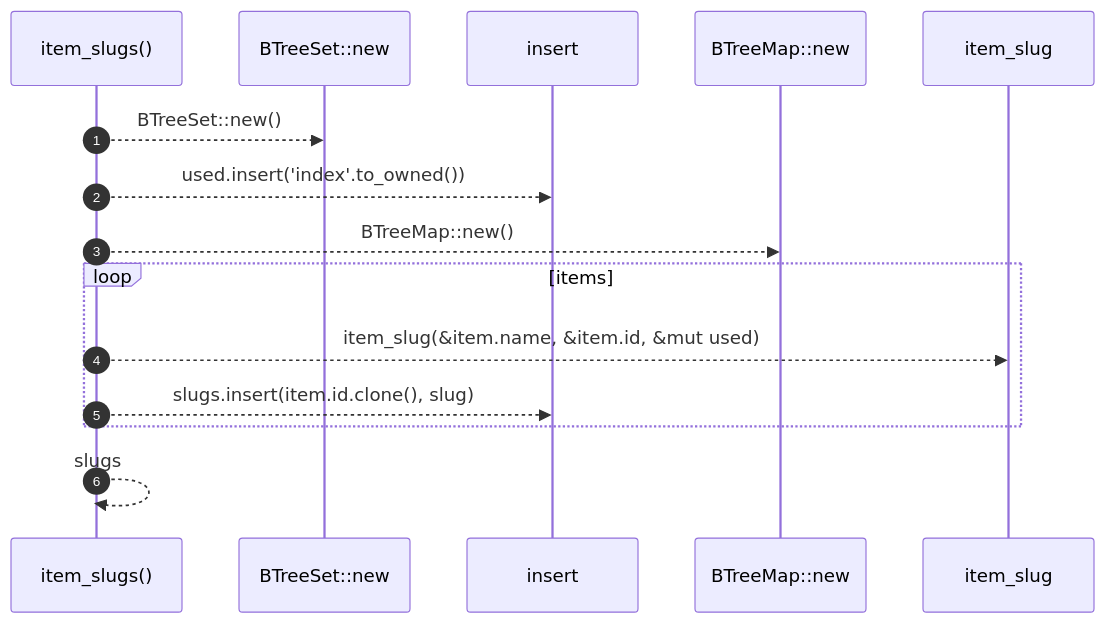
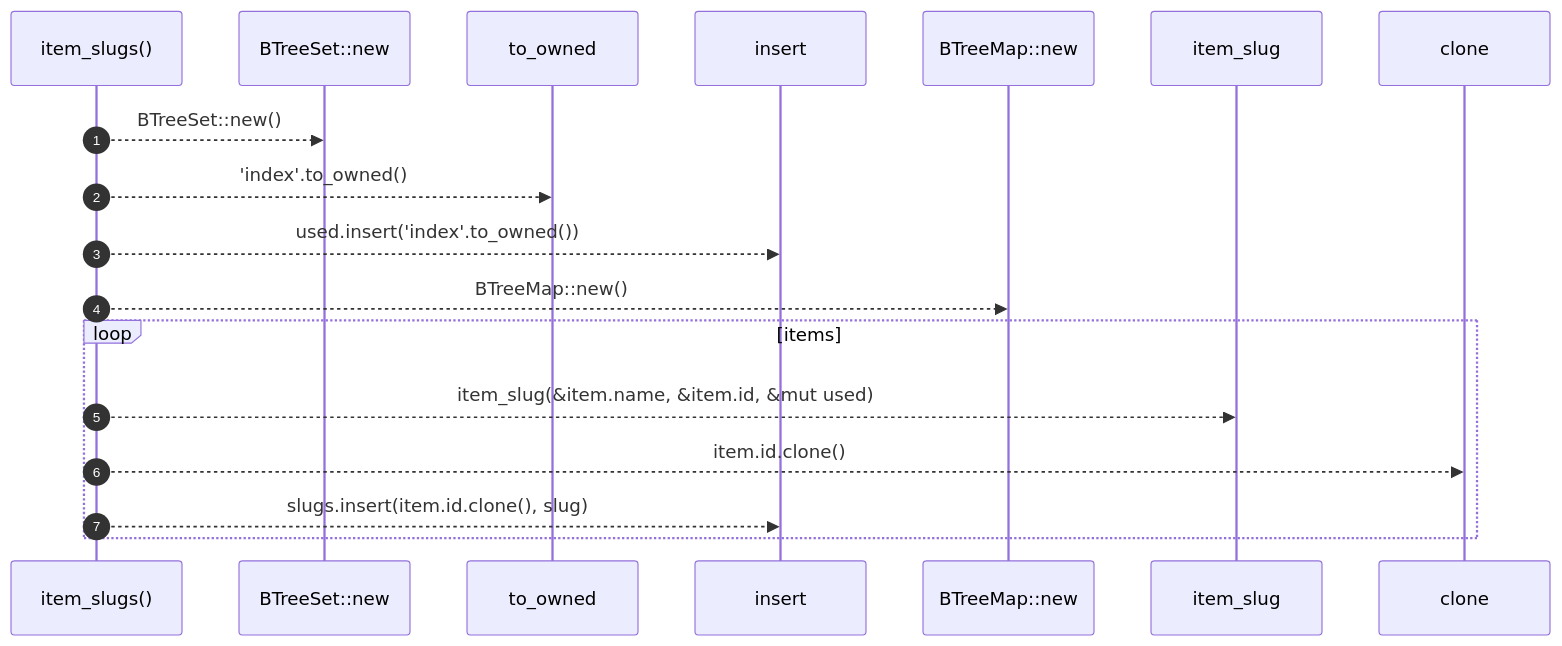
Before and after one commit to RyanGuild/self-describing-code: the diagram in .robby/diagrams/seq-rust-robby-render-tree-item-slugs.mmd, drawn with Mermaid. The commit also changed 1404 other files, not shown here.

```diff
--- a/.robby/diagrams/seq-rust-robby-render-tree-item-slugs.mmd
+++ b/.robby/diagrams/seq-rust-robby-render-tree-item-slugs.mmd
@@ -1,15 +1,18 @@
 sequenceDiagram
     autonumber
     participant item_slugs as item_slugs()
     participant BTreeSet__new as BTreeSet::new
+    participant to_owned as to_owned
     participant insert as insert
     participant BTreeMap__new as BTreeMap::new
     participant item_slug as item_slug
+    participant clone as clone
     item_slugs-->>BTreeSet__new: BTreeSet::new()
+    item_slugs-->>to_owned: 'index'.to_owned()
     item_slugs-->>insert: used.insert('index'.to_owned())
     item_slugs-->>BTreeMap__new: BTreeMap::new()
     loop items
     item_slugs-->>item_slug: item_slug(&item.name, &item.id, &mut used)
+    item_slugs-->>clone: item.id.clone()
     item_slugs-->>insert: slugs.insert(item.id.clone(), slug)
     end
-    item_slugs-->>item_slugs: slugs
```
